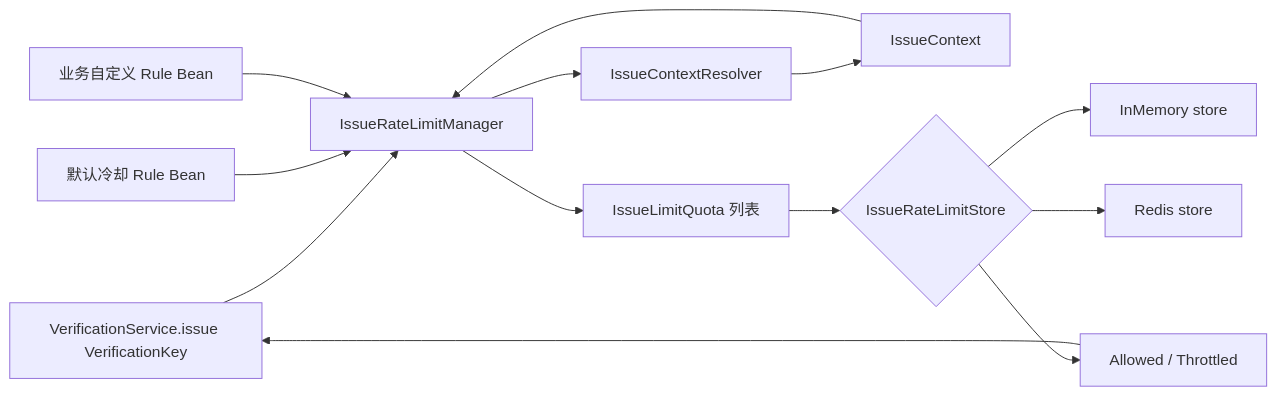
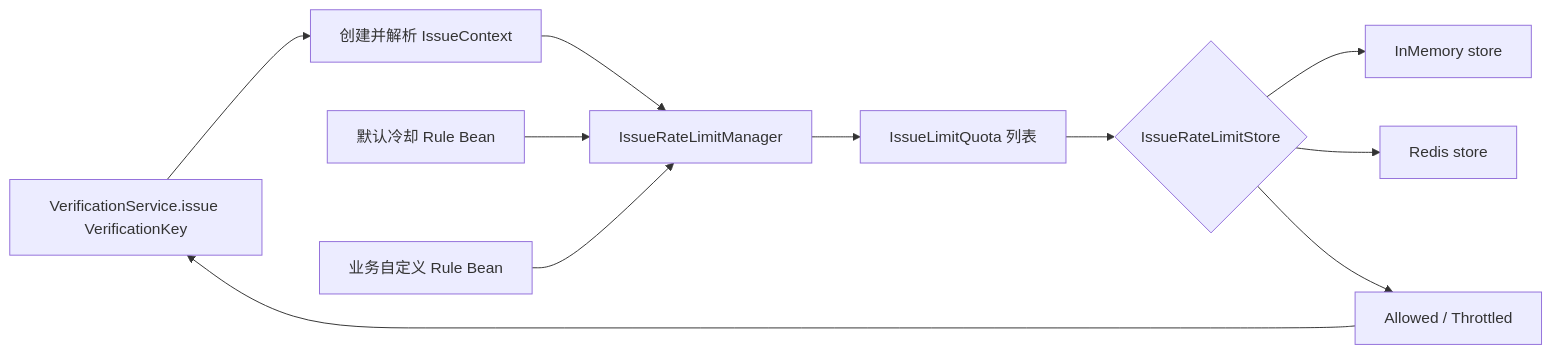
One commit to RingoTangs/ringo-boot changed the first of 2 diagrams in ringo-boot-verification/src/main/java/io/github/ringotangs/ringoboot/verification/limit/README.md. Above: the diagram before and after it, drawn with Mermaid. The commit also changed other lines of this file and 32 other files, not shown here.

First line of the commit message:
feat: Introduce IssueContext for enhanced verification context handling

````diff
--- a/ringo-boot-verification/src/main/java/io/github/ringotangs/ringoboot/verification/limit/README.md
+++ b/ringo-boot-verification/src/main/java/io/github/ringotangs/ringoboot/verification/limit/README.md
@@ -10,15 +10,13 @@
 ```mermaid
 flowchart LR
-    A[VerificationService.issue VerificationKey] --> C[IssueRateLimitManager]
-    C --> B[IssueContextResolver]
-    B --> I[IssueContext]
-    I --> C
+    A[VerificationService.issue VerificationKey] --> B[创建并解析 IssueContext]
+    B --> C[IssueRateLimitManager]
     R1[默认冷却 Rule Bean] --> C
     R2[业务自定义 Rule Bean] --> C
     C --> D[IssueLimitQuota 列表]
     D --> E{IssueRateLimitStore}
     E --> F[InMemory store]
     E --> G[Redis store]
     E --> H[Allowed / Throttled]
     H --> A
 ```
````
